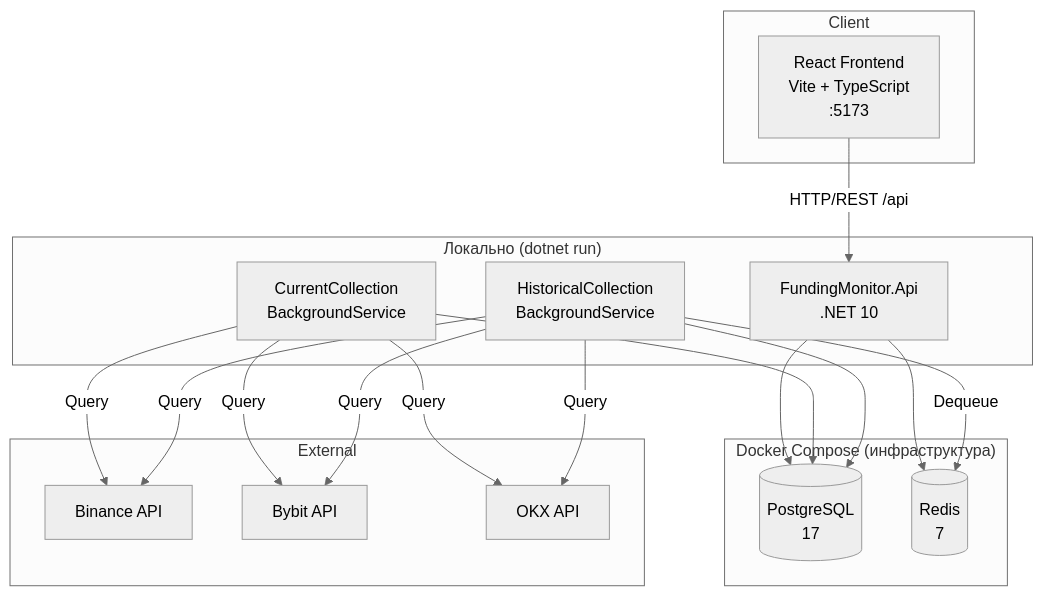
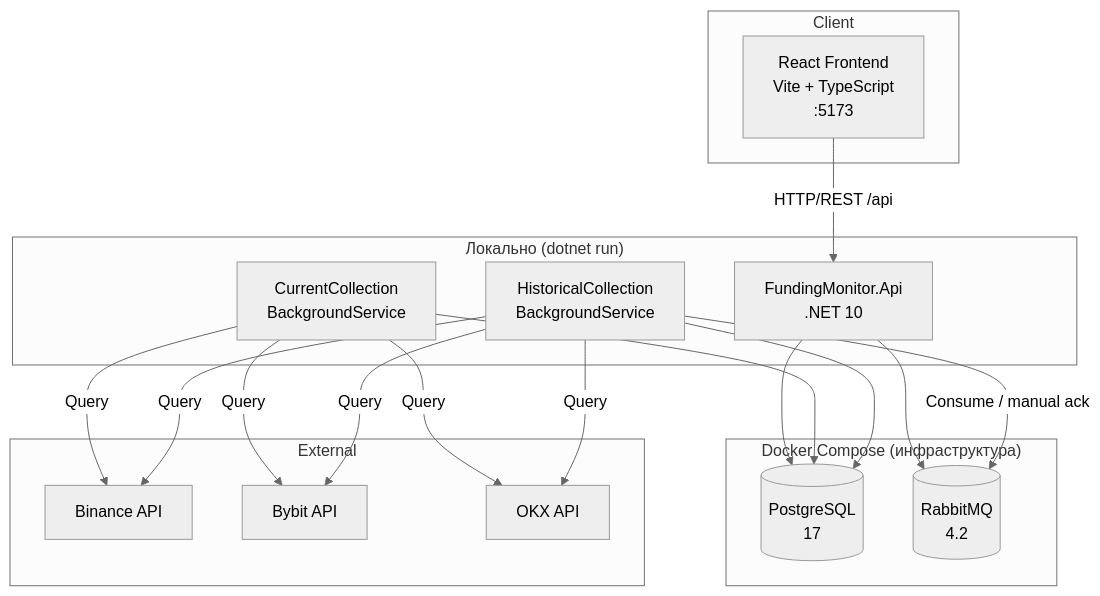
Before and after one commit to Grigory50012/FundingMonitor: the sixth of 6 diagrams in docs/architecture/USE_CASE_DIAGRAM.md, drawn with Mermaid (neutral theme). The commit also changed other lines of this file and 66 other files, not shown here.

````diff
--- a/docs/architecture/USE_CASE_DIAGRAM.md
+++ b/docs/architecture/USE_CASE_DIAGRAM.md
@@ -236,36 +236,36 @@
 ```mermaid
 graph TB
     subgraph "Docker Compose (инфраструктура)"
         PG[(PostgreSQL<br/>17)]
-        Redis[(Redis<br/>7)]
+        RabbitMQ[(RabbitMQ<br/>4.2)]
     end
 
     subgraph "Локально (dotnet run)"
         API[FundingMonitor.Api<br/>.NET 10]
         BG1[CurrentCollection<br/>BackgroundService]
         BG2[HistoricalCollection<br/>BackgroundService]
     end
 
     subgraph "External"
         Binance[Binance API]
         Bybit[Bybit API]
         OKX[OKX API]
     end
 
     subgraph "Client"
         Frontend[React Frontend<br/>Vite + TypeScript<br/>:5173]
     end
 
     Frontend -->|HTTP/REST /api| API
     API --> PG
-    API --> Redis
+    API --> RabbitMQ
     BG1 -->|Query| Binance
     BG1 -->|Query| Bybit
     BG1 -->|Query| OKX
-    BG2 -->|Dequeue| Redis
+    BG2 -->|Consume / manual ack| RabbitMQ
     BG2 -->|Query| Binance
     BG2 -->|Query| Bybit
     BG2 -->|Query| OKX
     BG1 --> PG
     BG2 --> PG
 ```
````
